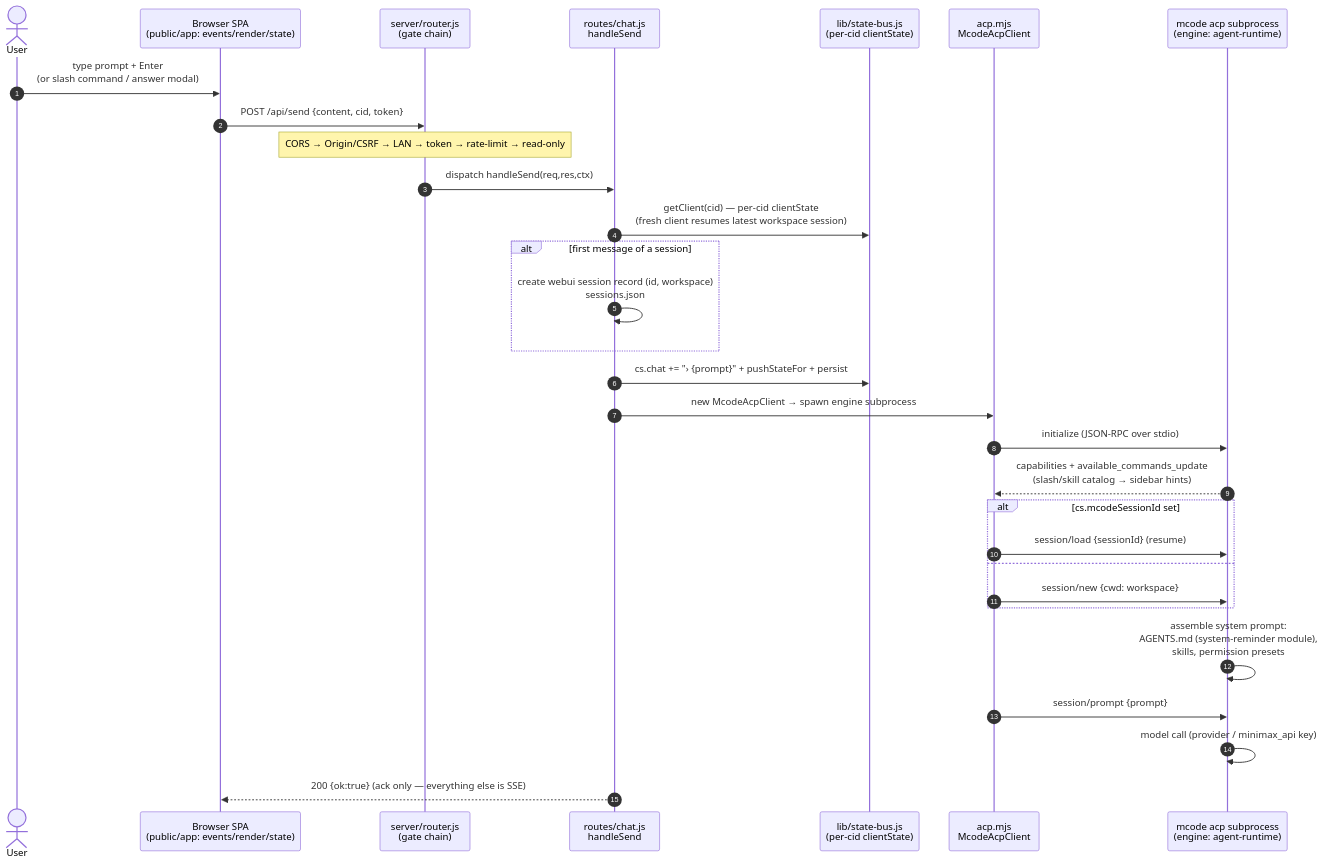
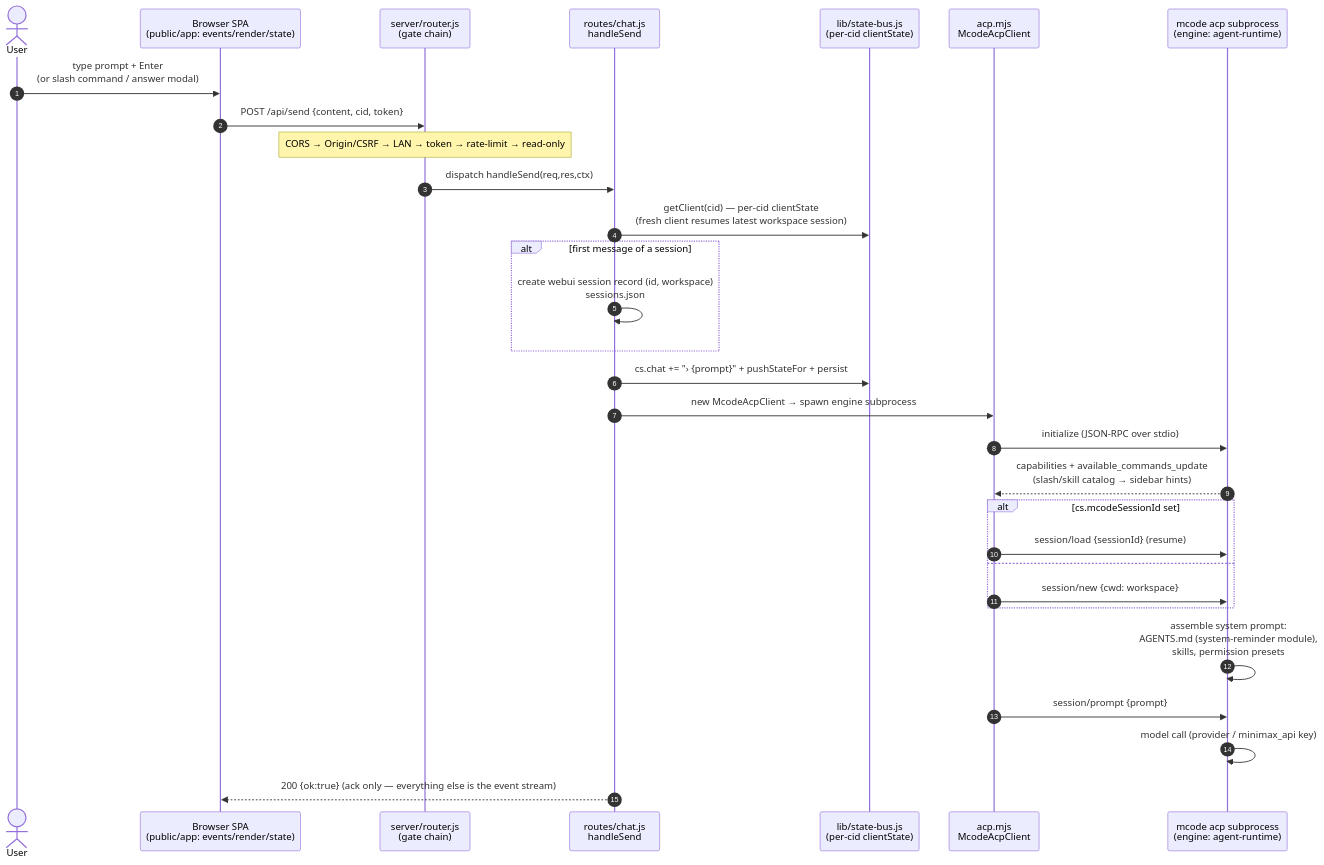
Before and after one commit to mcode-webui/minimax-code-web: the first of 4 diagrams in packages/webui/docs/ARCHITECTURE.md, drawn with Mermaid. The commit also changed other lines of this file and 71 other files, not shown here.

````diff
--- a/packages/webui/docs/ARCHITECTURE.md
+++ b/packages/webui/docs/ARCHITECTURE.md
@@ -134,33 +134,33 @@
 ```mermaid
 sequenceDiagram
     autonumber
     actor U as User
     participant B as Browser SPA<br/>(public/app: events/render/state)
     participant R as server/router.js<br/>(gate chain)
     participant C as routes/chat.js<br/>handleSend
     participant S as lib/state-bus.js<br/>(per-cid clientState)
     participant A as acp.mjs<br/>McodeAcpClient
     participant E as mcode acp subprocess<br/>(engine: agent-runtime)
 
     U->>B: type prompt + Enter<br/>(or slash command / answer modal)
     B->>R: POST /api/send {content, cid, token}
     Note over R: CORS → Origin/CSRF → LAN → token → rate-limit → read-only
     R->>C: dispatch handleSend(req,res,ctx)
     C->>S: getClient(cid) — per-cid clientState<br/>(fresh client resumes latest workspace session)
     alt first message of a session
         C->>C: create webui session record (id, workspace)<br/>sessions.json
     end
     C->>S: cs.chat += "› {prompt}" + pushStateFor + persist
     C->>A: new McodeAcpClient → spawn engine subprocess
     A->>E: initialize (JSON-RPC over stdio)
     E-->>A: capabilities + available_commands_update<br/>(slash/skill catalog → sidebar hints)
     alt cs.mcodeSessionId set
         A->>E: session/load {sessionId} (resume)
     else
         A->>E: session/new {cwd: workspace}
     end
     E->>E: assemble system prompt:<br/>AGENTS.md (system-reminder module),<br/>skills, permission presets
     A->>E: session/prompt {prompt}
     E->>E: model call (provider / minimax_api key)
-    C-->>B: 200 {ok:true}  (ack only — everything else is SSE)
+    C-->>B: 200 {ok:true}  (ack only — everything else is the event stream)
 ```
````
